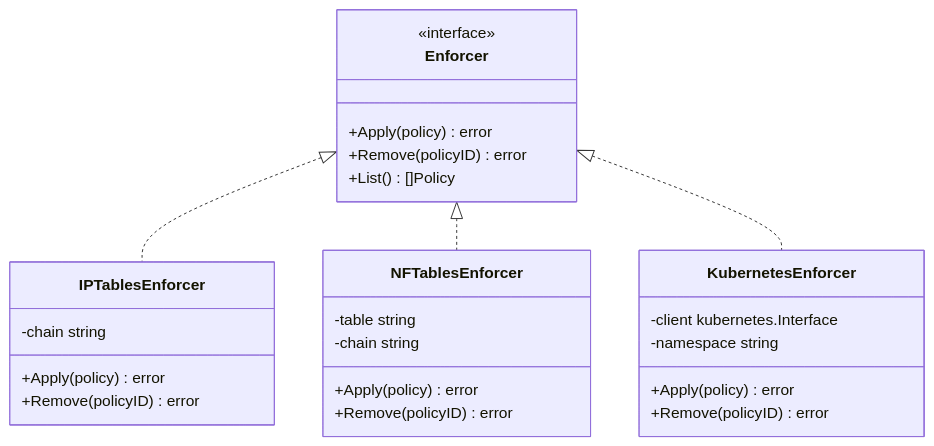
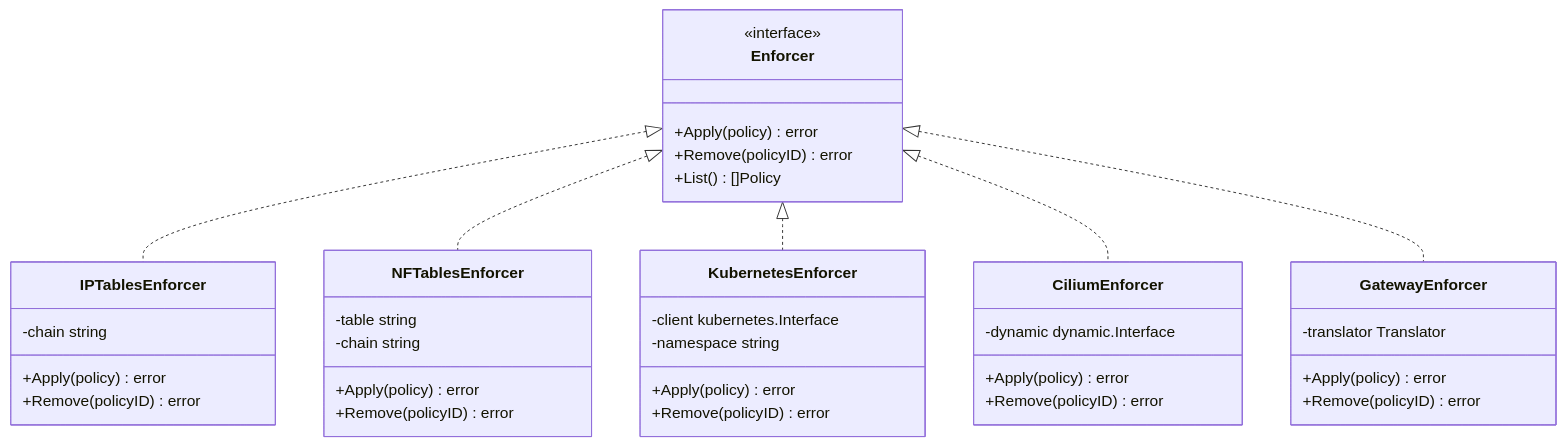
The sixth of 12 diagrams in docs/design/LLD-enforcement-agent.md (EveShark/CyberMesh), drawn with Mermaid before and after one commit. The commit also changed other lines of this file and 49 other files, not shown here.

````diff
--- a/docs/design/LLD-enforcement-agent.md
+++ b/docs/design/LLD-enforcement-agent.md
@@ -149,33 +202,47 @@
 ```mermaid
 classDiagram
     class Enforcer {
         <<interface>>
         +Apply(policy) error
         +Remove(policyID) error
         +List() []Policy
     }
     
     class IPTablesEnforcer {
         -chain string
         +Apply(policy) error
         +Remove(policyID) error
     }
     
     class NFTablesEnforcer {
         -table string
         -chain string
         +Apply(policy) error
         +Remove(policyID) error
     }
     
     class KubernetesEnforcer {
         -client kubernetes.Interface
         -namespace string
         +Apply(policy) error
         +Remove(policyID) error
     }
     
+    class CiliumEnforcer {
+        -dynamic dynamic.Interface
+        +Apply(policy) error
+        +Remove(policyID) error
+    }
+    
+    class GatewayEnforcer {
+        -translator Translator
+        +Apply(policy) error
+        +Remove(policyID) error
+    }
+    
     Enforcer <|.. IPTablesEnforcer
     Enforcer <|.. NFTablesEnforcer
     Enforcer <|.. KubernetesEnforcer
+    Enforcer <|.. CiliumEnforcer
+    Enforcer <|.. GatewayEnforcer
 ```
````
